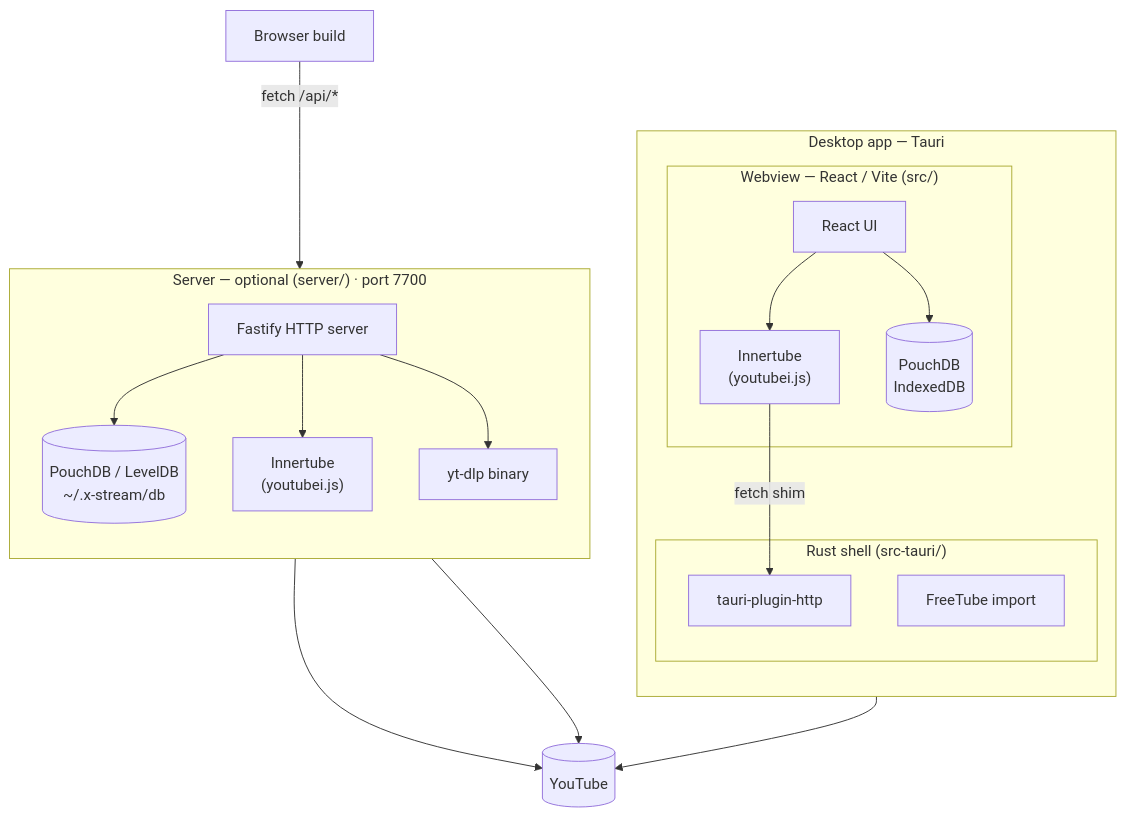
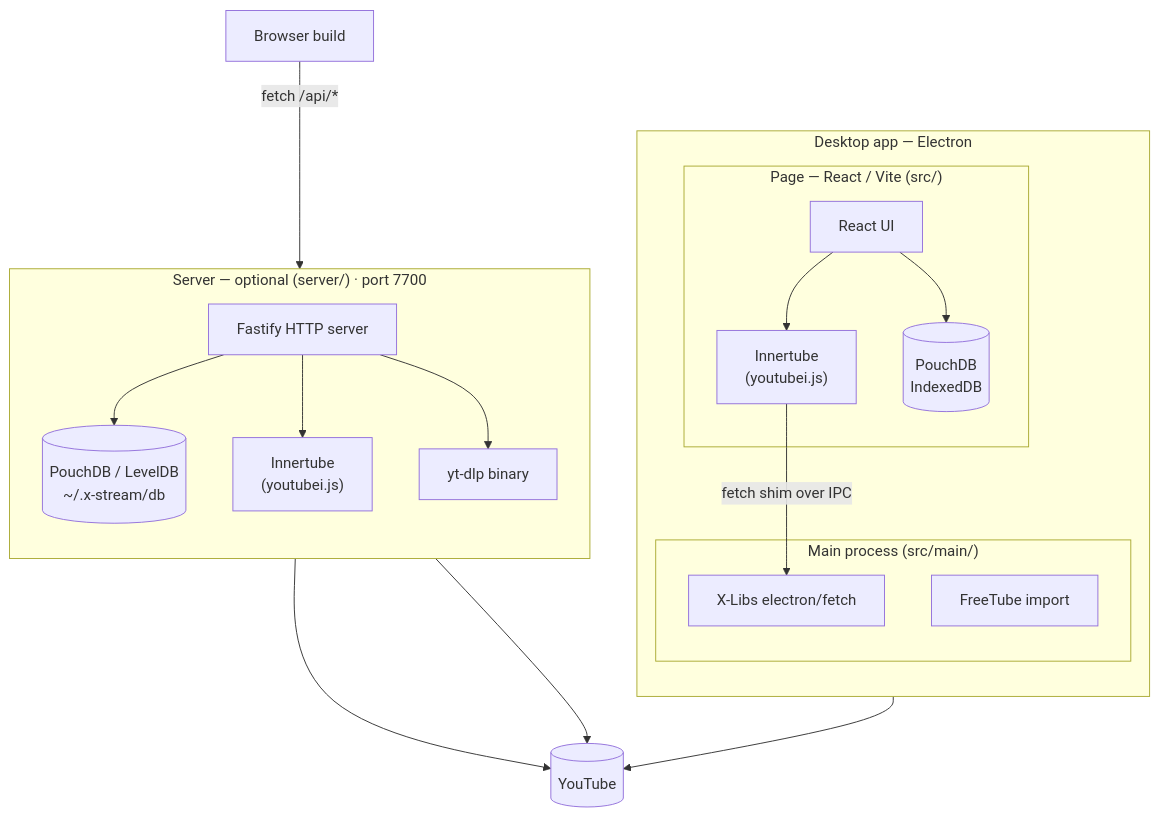
One commit to x-tech-laboratories/X-Stream changed the diagram in DEVELOP.md. Above: the diagram before and after it, drawn with Mermaid. The commit also changed other lines of this file and 34 other files, not shown here.

First line of the commit message:
feat!: run the desktop app on Electron instead of Tauri

````diff
--- a/DEVELOP.md
+++ b/DEVELOP.md
@@ -17,36 +17,36 @@
 ```mermaid
 graph TB
     %% ── Desktop app ────────────────────────────────────────────────────────
-    subgraph APP["Desktop app — Tauri"]
+    subgraph APP["Desktop app — Electron"]
         direction TB
-        subgraph WV["Webview — React / Vite (src/)"]
+        subgraph WV["Page — React / Vite (src/)"]
             UI[React UI]
             IT["Innertube\n(youtubei.js)"]
             PDB[(PouchDB\nIndexedDB)]
             UI --> IT & PDB
         end
-        subgraph RS["Rust shell (src-tauri/)"]
-            HTTP[tauri-plugin-http]
+        subgraph RS["Main process (src/main/)"]
+            HTTP["X-Libs electron/fetch"]
             FT[FreeTube import]
         end
-        IT -- "fetch shim" --> HTTP
+        IT -- "fetch shim over IPC" --> HTTP
     end
 
     %% ── Optional server ────────────────────────────────────────────────────
     subgraph SRV["Server — optional (server/) · port 7700"]
         direction TB
         FW[Fastify HTTP server]
         SDB[(PouchDB / LevelDB\n~/.x-stream/db)]
         SIT["Innertube\n(youtubei.js)"]
         YD[yt-dlp binary]
         FW --> SDB & SIT & YD
     end
 
     BR[Browser build]
     YT[(YouTube)]
 
     HTTP --> YT
     SIT --> YT
     YD --> YT
     BR -- "fetch /api/*" --> FW
 ```
````
